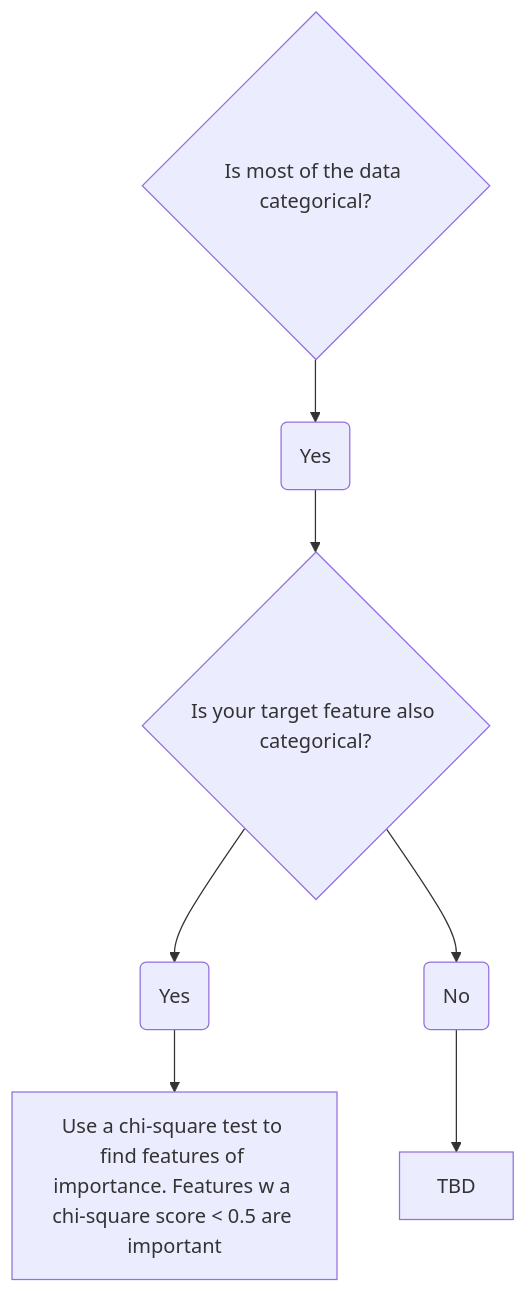
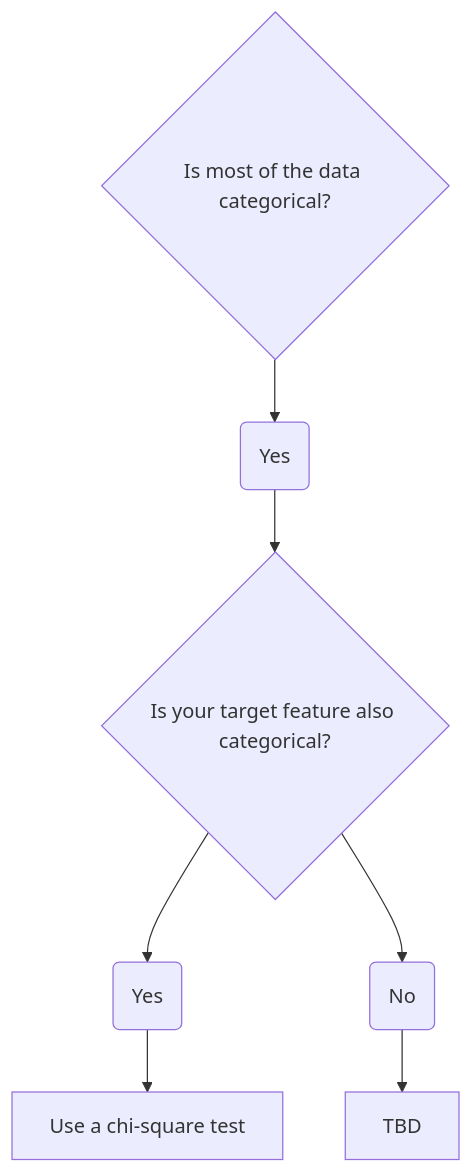
One commit to bigtoga/Examples changed the diagram in AI + ML + Predictive Analytics/Decision making in Data Science.md. Above: the diagram before and after it, drawn with Mermaid. The commit also changed other lines of this file, not shown here.

````diff
--- a/AI + ML + Predictive Analytics/Decision making in Data Science.md
+++ b/AI + ML + Predictive Analytics/Decision making in Data Science.md
@@ -18,10 +18,10 @@
 ``` mermaid
 graph TD;
   q1{Is most of the data categorical?}
   q1-->q1Yes(Yes);
   q1Yes-->q2{Is your target feature also categorical?}
   q2-->q2Yes(Yes)
   q2-->q2No(No)
-  q2Yes-->q2Done[Use a chi-square test to find features of importance. Features w a chi-square score < 0.5 are important]
+  q2Yes-->q2Done[Use a chi-square test]
   q2No-->q2NoDone[TBD]
 ```
````
